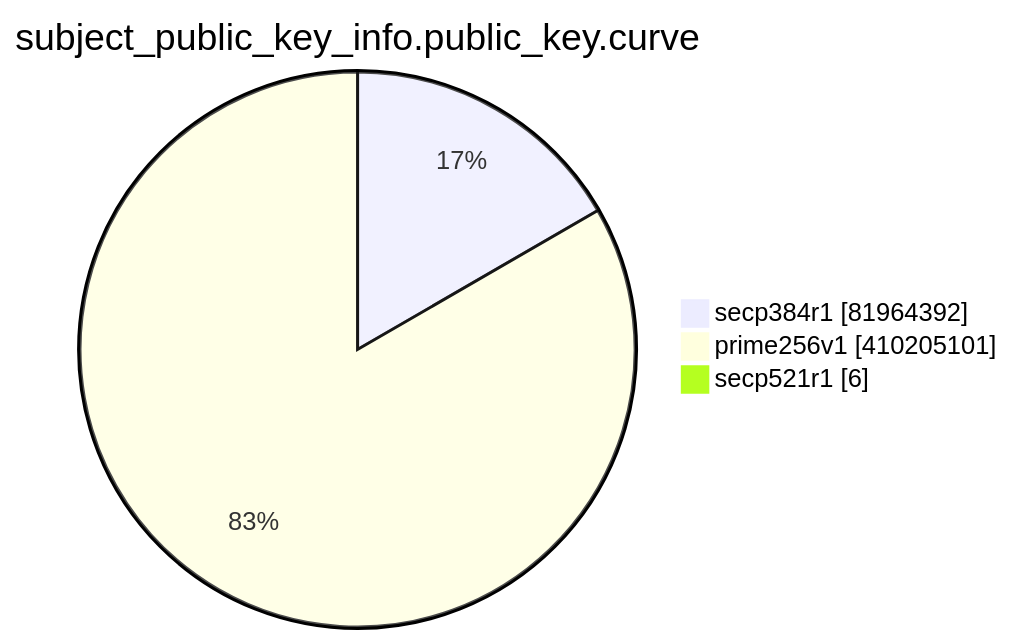
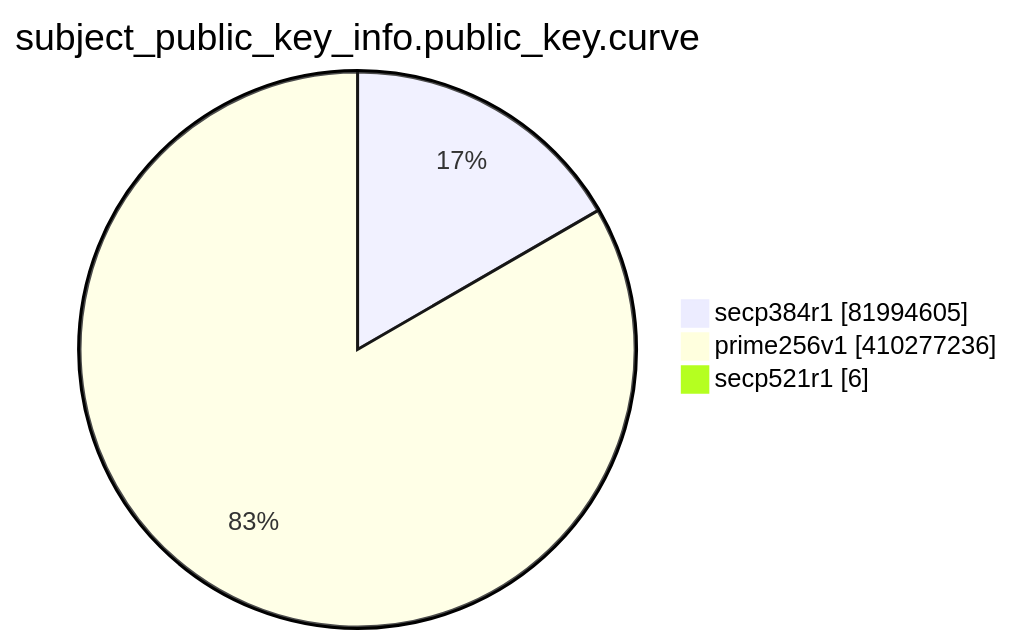
One commit to christiankrug/ctmonitor_visualization changed the eighth of 15 diagrams in TOTAL/README.md. Above: the diagram before and after it, drawn with Mermaid. The commit also changed other lines of this file, not shown here.

````diff
--- a/TOTAL/README.md
+++ b/TOTAL/README.md
@@ -3096,7 +3096,7 @@
 ```mermaid
 pie showData
 title subject_public_key_info.public_key.curve
-"secp384r1" :81964392
-"prime256v1" :410205101
+"secp384r1" :81994605
+"prime256v1" :410277236
 "secp521r1" :6
 ```
````
